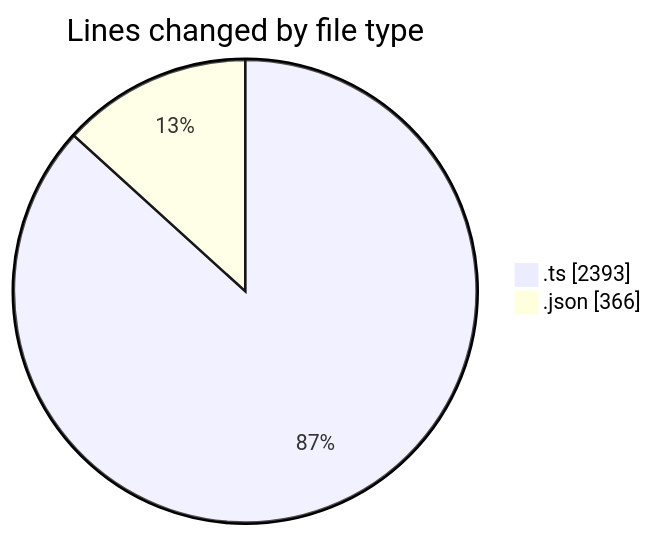
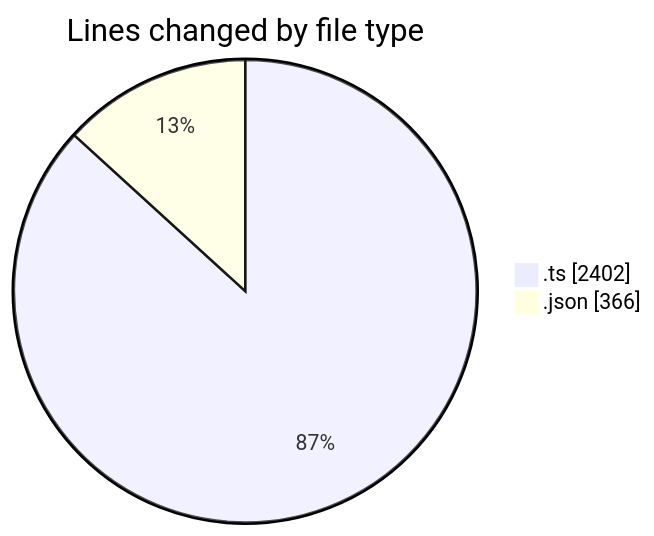
One commit to momahboobian/code-tracking changed the first of 2 diagrams in 2025-10-27/cda/README.md. Above: the diagram before and after it, drawn with Mermaid. The commit also changed other lines of this file and 1 other file, not shown here.

````diff
--- a/2025-10-27/cda/README.md
+++ b/2025-10-27/cda/README.md
@@ -26,6 +26,6 @@
 ```mermaid
 pie showData
 title Lines changed by file type
-".ts" : 2393
+".ts" : 2402
 ".json" : 366
 ```
````
